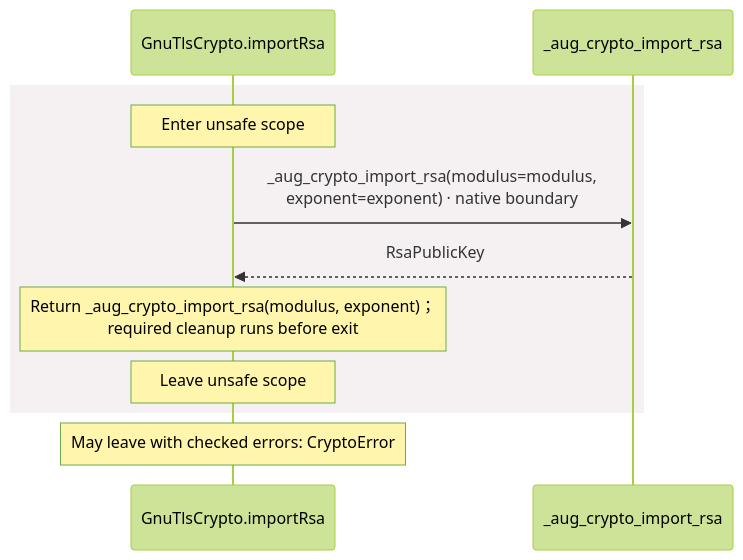
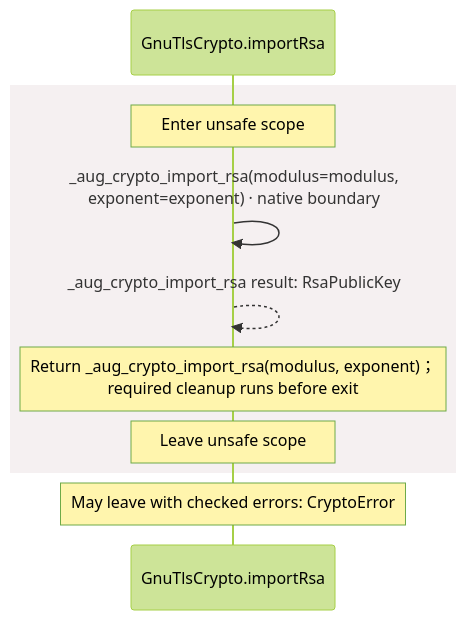
Diagram 12 of 13 in docs/examples/oidc-login/dependencies/packages/@git/url_9ef654c66d34ab8f5527/0.0.0-git.b14a0f9aa41f1ce58bd51133bcdc424033e40d40/contracts-diagrams.md (GreenPandaStudios/augscript), drawn with Mermaid (forest theme) before and after one commit. The commit also changed other lines of this file and 304 other files, not shown here.

Commit message:
Make generated data-flow sequences concise and review every diagram

````diff
--- a/docs/examples/oidc-login/dependencies/packages/@git/url_9ef654c66d34ab8f5527/0.0.0-git.b14a0f9aa41f1ce58bd51133bcdc424033e40d40/contracts-diagrams.md
+++ b/docs/examples/oidc-login/dependencies/packages/@git/url_9ef654c66d34ab8f5527/0.0.0-git.b14a0f9aa41f1ce58bd51133bcdc424033e40d40/contracts-diagrams.md
@@ -470,13 +433,13 @@
 ```mermaid
 sequenceDiagram
     participant p0 as GnuTlsCrypto.importRsa
-    participant p1 as _aug_crypto_import_rsa
+
     rect rgb(245, 240, 241)
     Note over p0: Enter unsafe scope
-    p0->>p1: _aug_crypto_import_rsa(modulus=modulus,<br/>exponent=exponent) · native boundary
-    p1-->>p0: RsaPublicKey
+    p0->>p0: _aug_crypto_import_rsa(modulus=modulus,<br/>exponent=exponent) · native boundary
+    p0-->>p0: _aug_crypto_import_rsa result: RsaPublicKey
     Note over p0: Return _aug_crypto_import_rsa(modulus, exponent)；<br/>required cleanup runs before exit
     Note over p0: Leave unsafe scope
     end
     Note over p0: May leave with checked errors: CryptoError
 ```
````
